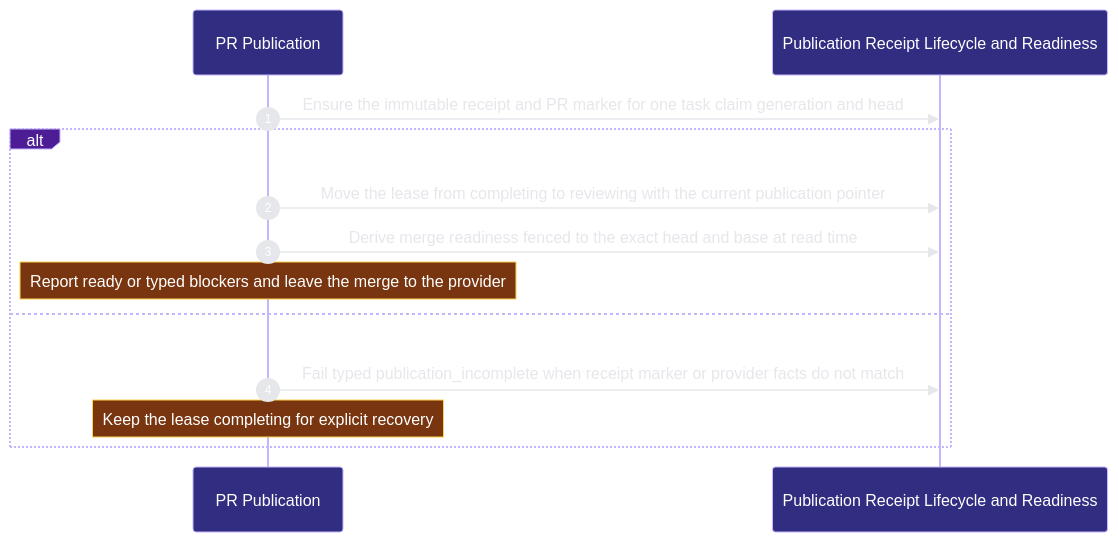
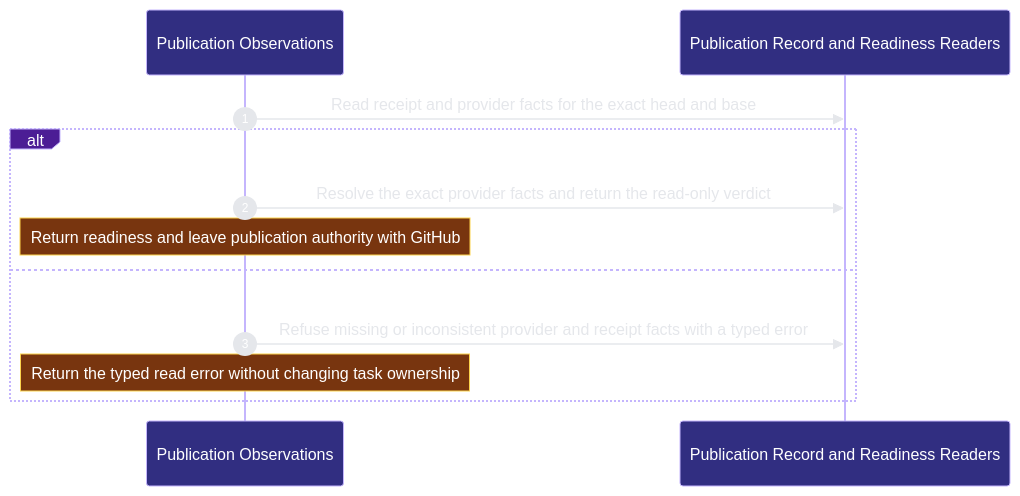
Before and after one commit to Ancienttwo/repo-harness: the second of 2 diagrams in docs/architecture/modules/organization/publication.md, drawn with Mermaid. The commit also changed other lines of this file and 31 other files, not shown here.

Commit message:
docs(architecture): retire task lifecycle ownership from the model

````diff
--- a/docs/architecture/modules/organization/publication.md
+++ b/docs/architecture/modules/organization/publication.md
@@ -85,16 +84,15 @@
 ```mermaid
 %%{init: {"theme":"base","themeVariables":{"background":"#0d1117","actorBkg":"#312e81","actorBorder":"#c4b5fd","actorTextColor":"#ffffff","signalColor":"#e5e7eb","signalTextColor":"#e5e7eb","labelBoxBkgColor":"#4c1d95","labelBoxBorderColor":"#c4b5fd","labelTextColor":"#ffffff","noteBkgColor":"#78350f","noteBorderColor":"#fcd34d","noteTextColor":"#ffffff","sequenceNumberColor":"#ffffff"}}}%%
 sequenceDiagram
   autonumber
-  participant p2_publication_1c89e8c8 as PR Publication
-  participant p2_receipt_e08ea766 as Publication Receipt Lifecycle and Readiness
-  p2_publication_1c89e8c8->>p2_receipt_e08ea766: Ensure the immutable receipt and PR marker for one task claim generation and head
-  alt The publication is durable and enters review
-  p2_publication_1c89e8c8->>p2_receipt_e08ea766: Move the lease from completing to reviewing with the current publication pointer
-  p2_publication_1c89e8c8->>p2_receipt_e08ea766: Derive merge readiness fenced to the exact head and base at read time
-    Note over p2_publication_1c89e8c8: Report ready or typed blockers and leave the merge to the provider
-  else The PR exists but its identity is not proven durable
-  p2_publication_1c89e8c8->>p2_receipt_e08ea766: Fail typed publication_incomplete when receipt marker or provider facts do not match
-    Note over p2_publication_1c89e8c8: Keep the lease completing for explicit recovery
+  participant p2_publication_1c89e8c8 as Publication Observations
+  participant p2_reader_f734aaea as Publication Record and Readiness Readers
+  p2_publication_1c89e8c8->>p2_reader_f734aaea: Read receipt and provider facts for the exact head and base
+  alt Report the read-only readiness verdict
+  p2_publication_1c89e8c8->>p2_reader_f734aaea: Resolve the exact provider facts and return the read-only verdict
+    Note over p2_publication_1c89e8c8: Return readiness and leave publication authority with GitHub
+  else Provider or historical receipt facts are unavailable
+  p2_publication_1c89e8c8->>p2_reader_f734aaea: Refuse missing or inconsistent provider and receipt facts with a typed error
+    Note over p2_publication_1c89e8c8: Return the typed read error without changing task ownership
   end
 ```
````
